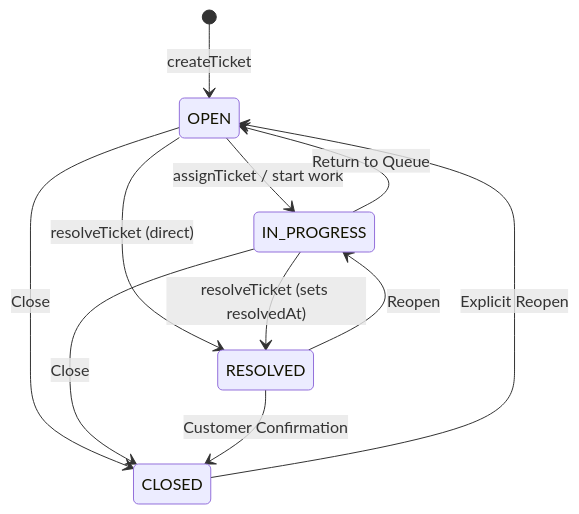
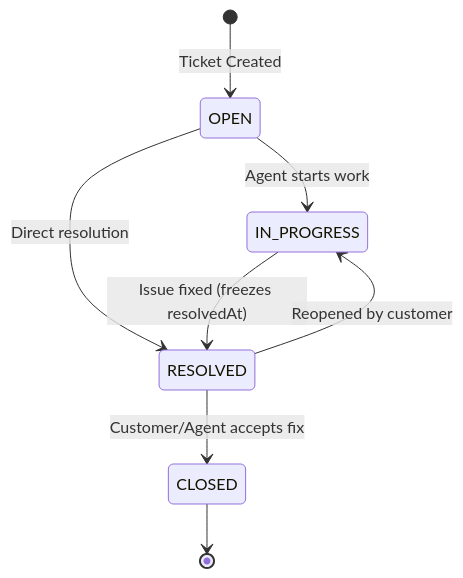
The third of 3 diagrams in README.md (LEVELING2108/Support-Ticket-SLA-Service-Level-Agreement-Tracker), drawn with Mermaid before and after one commit. The commit also changed other lines of this file and 1 other file, not shown here.

````diff
--- a/README.md
+++ b/README.md
@@ -224,13 +232,10 @@
 ```mermaid
 stateDiagram-v2
-    [*] --> OPEN : createTicket
-    OPEN --> IN_PROGRESS : assignTicket / start work
-    OPEN --> RESOLVED : resolveTicket (direct)
-    OPEN --> CLOSED : Close
-    IN_PROGRESS --> RESOLVED : resolveTicket (sets resolvedAt)
-    IN_PROGRESS --> OPEN : Return to Queue
-    IN_PROGRESS --> CLOSED : Close
-    RESOLVED --> CLOSED : Customer Confirmation
-    RESOLVED --> IN_PROGRESS : Reopen
-    CLOSED --> OPEN : Explicit Reopen
+    [*] --> OPEN : Ticket Created
+    OPEN --> IN_PROGRESS : Agent starts work
+    OPEN --> RESOLVED : Direct resolution
+    IN_PROGRESS --> RESOLVED : Issue fixed (freezes resolvedAt)
+    RESOLVED --> CLOSED : Customer/Agent accepts fix
+    RESOLVED --> IN_PROGRESS : Reopened by customer
+    CLOSED --> [*]
 ```
````
